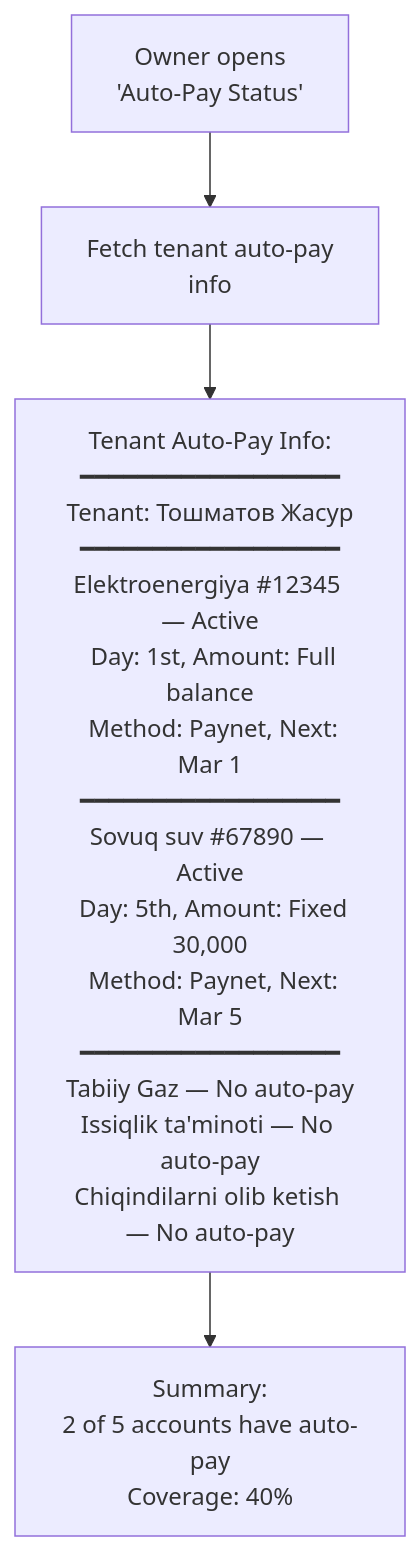
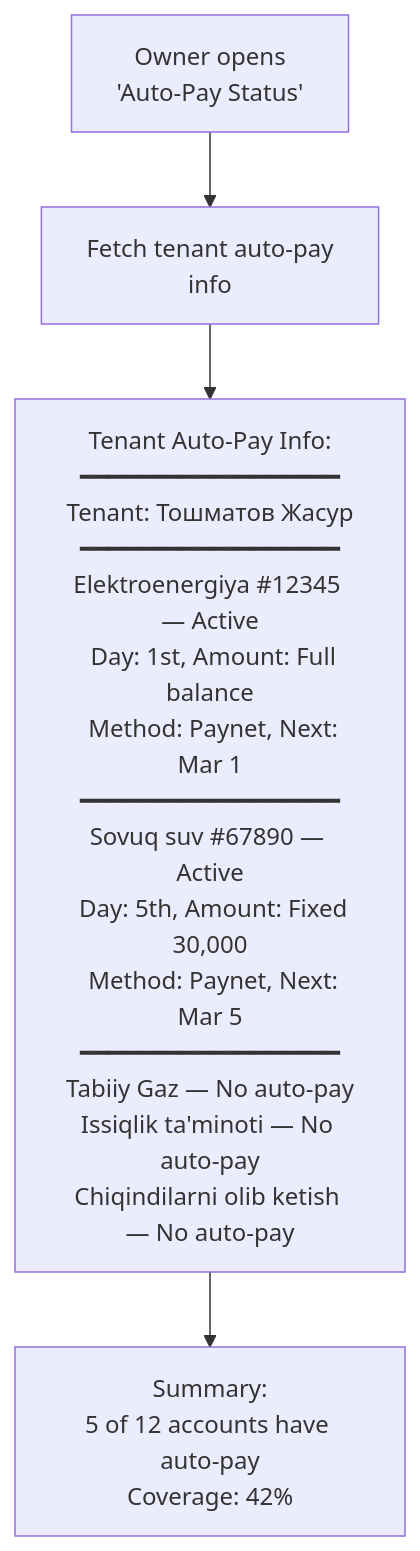
Diagram 11 of 12 in Utilities - Business Owner.md (saodatm-dev/Utilities---Informational-Architecture), drawn with Mermaid before and after one commit. The commit also changed other lines of this file, not shown here.

````diff
--- a/Utilities - Business Owner.md
+++ b/Utilities - Business Owner.md
@@ -352,8 +352,8 @@
 ```mermaid
 flowchart TD
     AUTOPAY["Owner opens<br/>'Auto-Pay Status'"] --> LOAD["Fetch tenant auto-pay<br/>info"]
 
     LOAD --> VIEW["Tenant Auto-Pay Info:<br/>━━━━━━━━━━━━━━━━━━<br/>Tenant: Тошматов Жасур<br/>━━━━━━━━━━━━━━━━━━<br/>Elektroenergiya #12345 — Active<br/>  Day: 1st, Amount: Full balance<br/>  Method: Paynet, Next: Mar 1<br/>━━━━━━━━━━━━━━━━━━<br/>Sovuq suv #67890 — Active<br/>  Day: 5th, Amount: Fixed 30,000<br/>  Method: Paynet, Next: Mar 5<br/>━━━━━━━━━━━━━━━━━━<br/>Tabiiy Gaz — No auto-pay<br/>Issiqlik ta'minoti — No auto-pay<br/>Chiqindilarni olib ketish — No auto-pay"]
 
-    VIEW --> SUMMARY["Summary:<br/>2 of 5 accounts have auto-pay<br/>Coverage: 40%"]
+    VIEW --> SUMMARY["Summary:<br/>5 of 12 accounts have auto-pay<br/>Coverage: 42%"]
 ```
````
